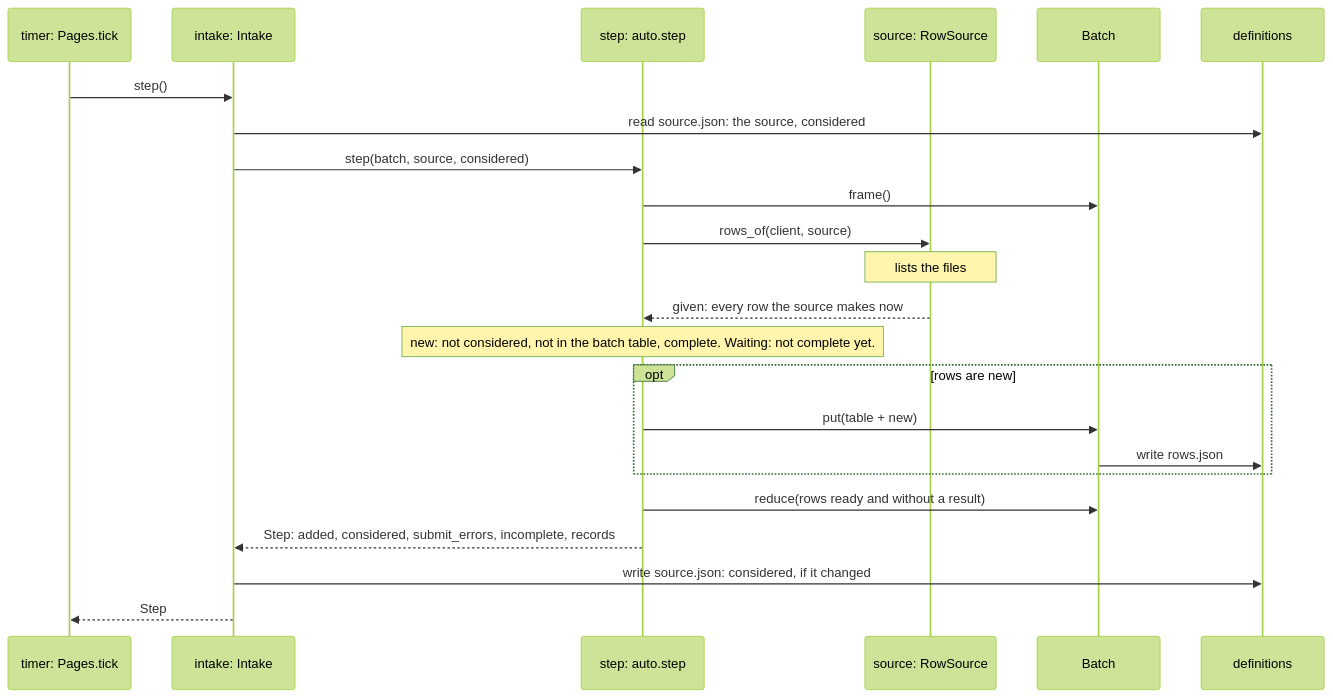
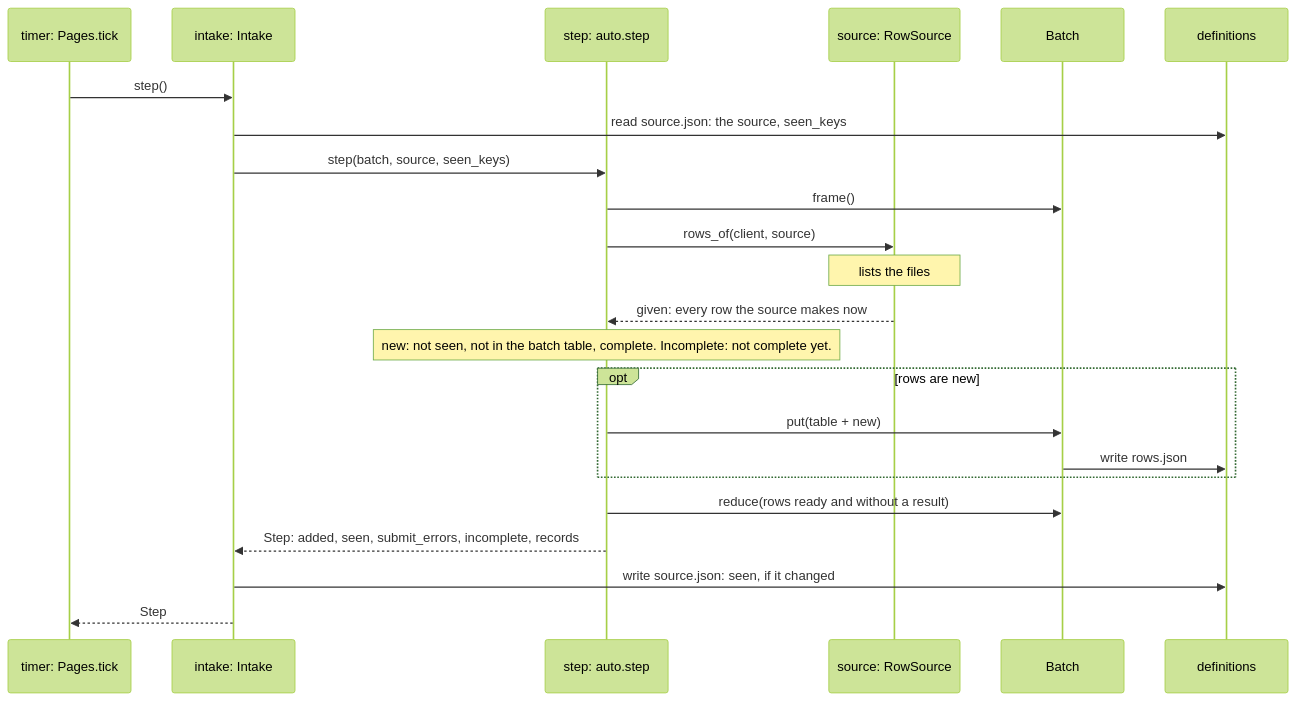
One commit to scipp/essapps changed the fifth of 5 diagrams in packages/essbatch/docs/batch.md. Above: the diagram before and after it, drawn with Mermaid (forest theme). The commit also changed other lines of this file and 19 other files, not shown here.

First line of the commit message:
Rename considered to seen_keys, and considered to seen in prose

````diff
--- a/packages/essbatch/docs/batch.md
+++ b/packages/essbatch/docs/batch.md
@@ -582,25 +582,25 @@
 ```mermaid
 sequenceDiagram
     participant timer as timer: Pages.tick
     participant intake as intake: Intake
     participant step as step: auto.step
     participant source as source: RowSource
     participant batch as Batch
     participant definitions
     timer->>intake: step()
-    intake->>definitions: read source.json: the source, considered
-    intake->>step: step(batch, source, considered)
+    intake->>definitions: read source.json: the source, seen_keys
+    intake->>step: step(batch, source, seen_keys)
     step->>batch: frame()
     step->>source: rows_of(client, source)
     Note over source: lists the files
     source-->>step: given: every row the source makes now
-    Note over step: new: not considered, not in the batch table, complete. Waiting: not complete yet.
+    Note over step: new: not seen, not in the batch table, complete. Incomplete: not complete yet.
     opt rows are new
         step->>batch: put(table + new)
         batch->>definitions: write rows.json
     end
     step->>batch: reduce(rows ready and without a result)
-    step-->>intake: Step: added, considered, submit_errors, incomplete, records
-    intake->>definitions: write source.json: considered, if it changed
+    step-->>intake: Step: added, seen, submit_errors, incomplete, records
+    intake->>definitions: write source.json: seen, if it changed
     intake-->>timer: Step
 ```
````
